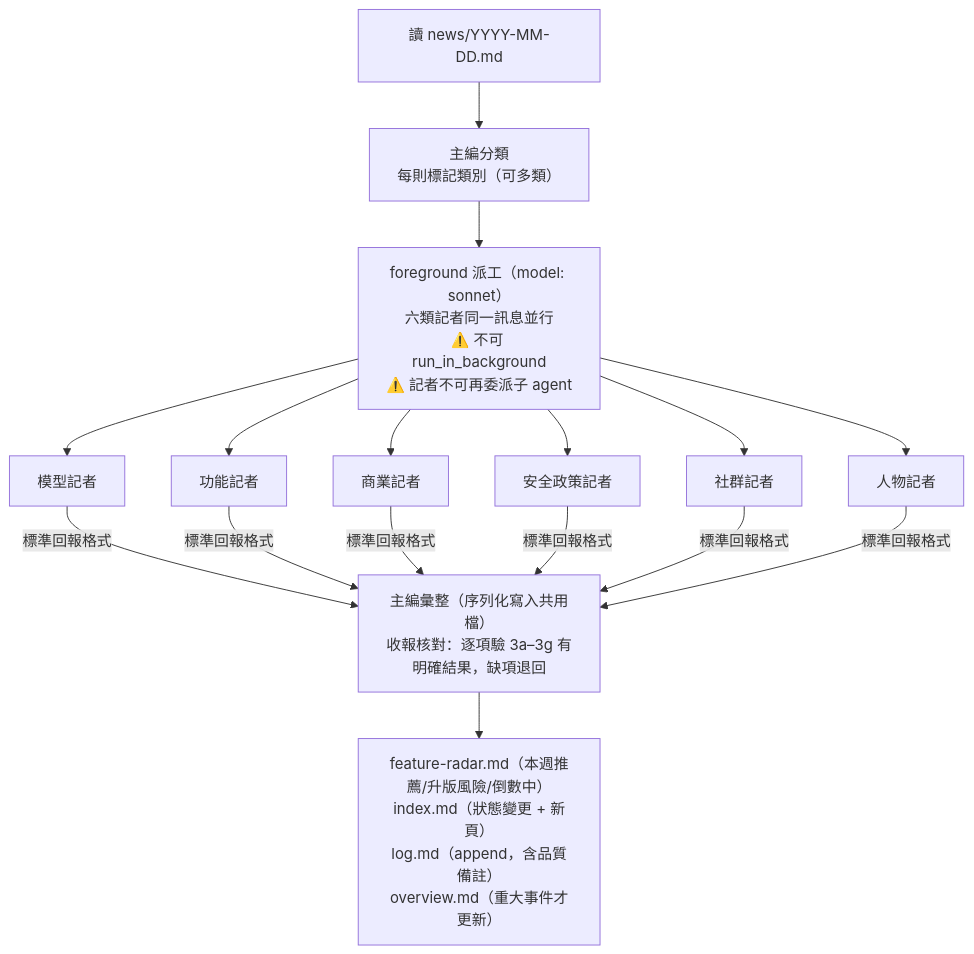
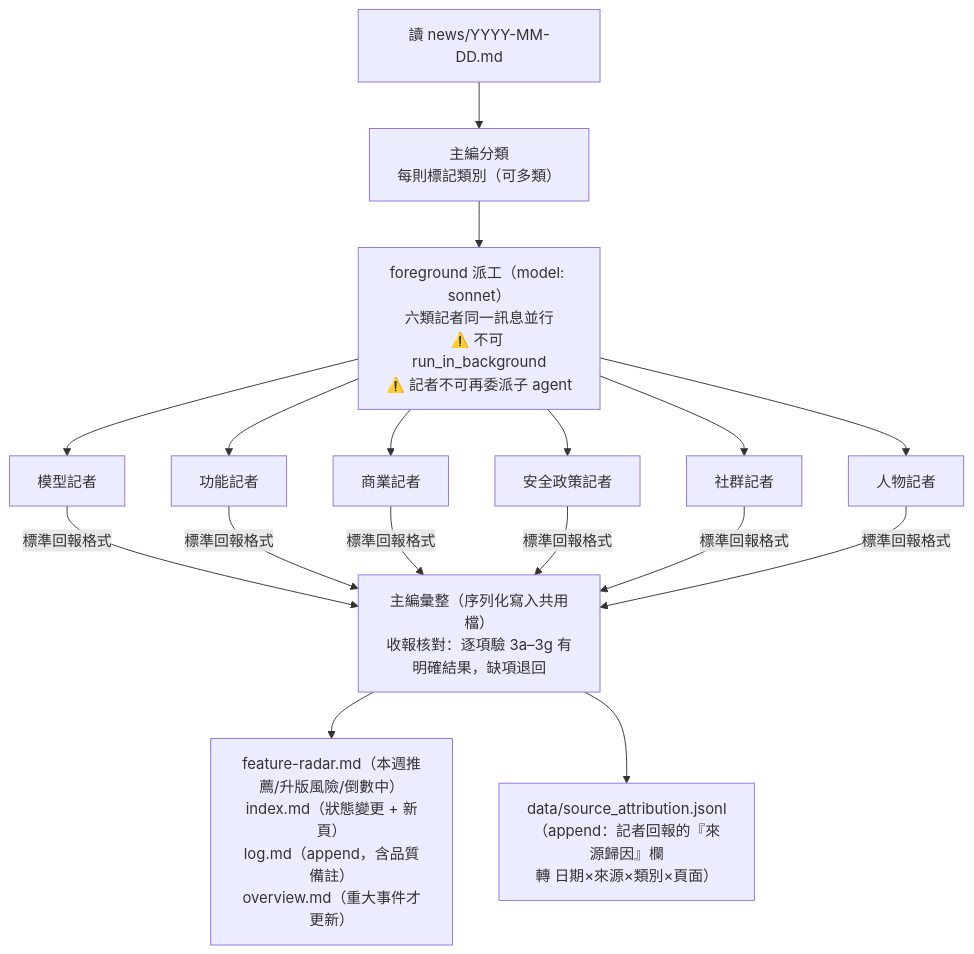
Before and after one commit to mandy82477/claude-news: the third of 6 diagrams in src/DesignDocument/Design Diagram.md, drawn with Mermaid. The commit also changed other lines of this file and 2 other files, not shown here.

First line of the commit message:
docs: 架構文件同步——來源歸因 ledger + 漏斗統計 + blogroll 來源 + 規則治理三層防線

````diff
--- a/src/DesignDocument/Design Diagram.md
+++ b/src/DesignDocument/Design Diagram.md
@@ -93,22 +95,23 @@
 ```mermaid
 flowchart TD
     NEWS["讀 news/YYYY-MM-DD.md"] --> CLASSIFY
 
     CLASSIFY["主編分類\n每則標記類別（可多類）"] --> DISPATCH
 
     DISPATCH["foreground 派工（model: sonnet）\n六類記者同一訊息並行\n⚠️ 不可 run_in_background\n⚠️ 記者不可再委派子 agent"]
 
     DISPATCH --> R1 & R2 & R3 & R4 & R5 & R6
 
     R1["模型記者"]
     R2["功能記者"]
     R3["商業記者"]
     R4["安全政策記者"]
     R5["社群記者"]
     R6["人物記者"]
 
     R1 & R2 & R3 & R4 & R5 & R6 -->|標準回報格式| CONSOLIDATE
 
     CONSOLIDATE["主編彙整（序列化寫入共用檔）\n收報核對：逐項驗 3a–3g 有明確結果，缺項退回"]
     CONSOLIDATE --> SHARED["feature-radar.md（本週推薦/升版風險/倒數中）\nindex.md（狀態變更 + 新頁）\nlog.md（append，含品質備註）\noverview.md（重大事件才更新）"]
+    CONSOLIDATE --> LEDGER["data/source_attribution.jsonl\n（append：記者回報的『來源歸因』欄\n轉 日期×來源×類別×頁面）"]
 ```
````
